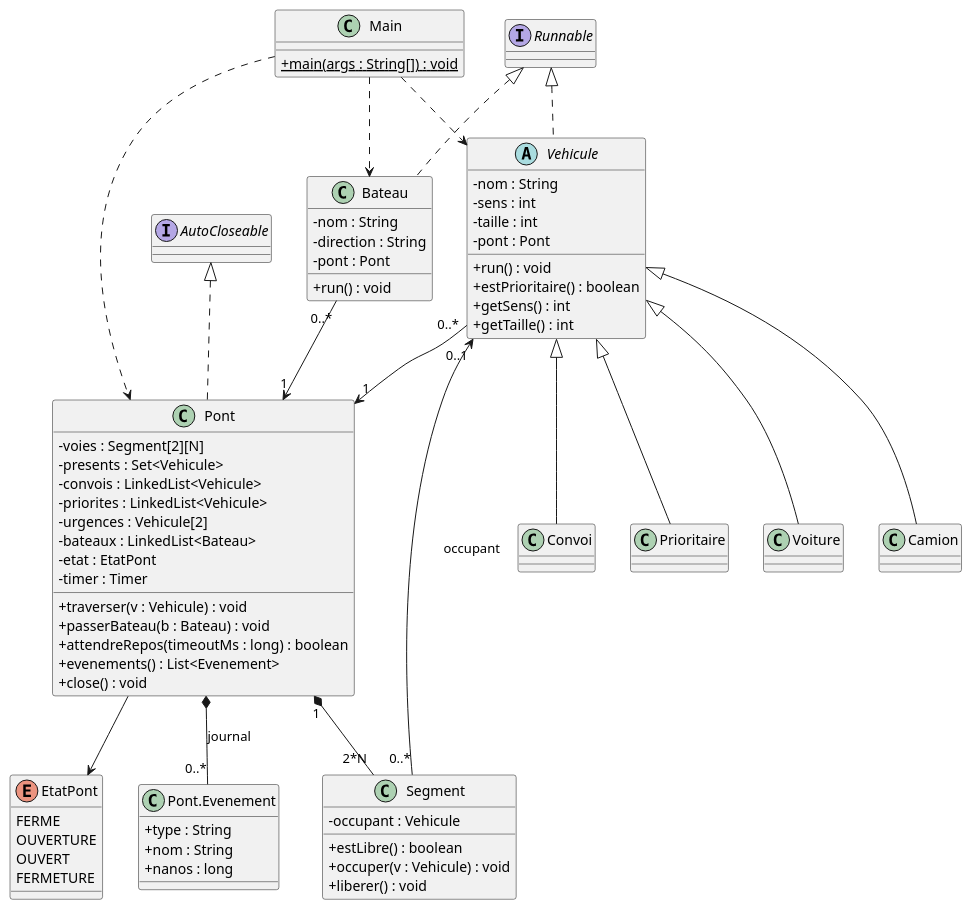
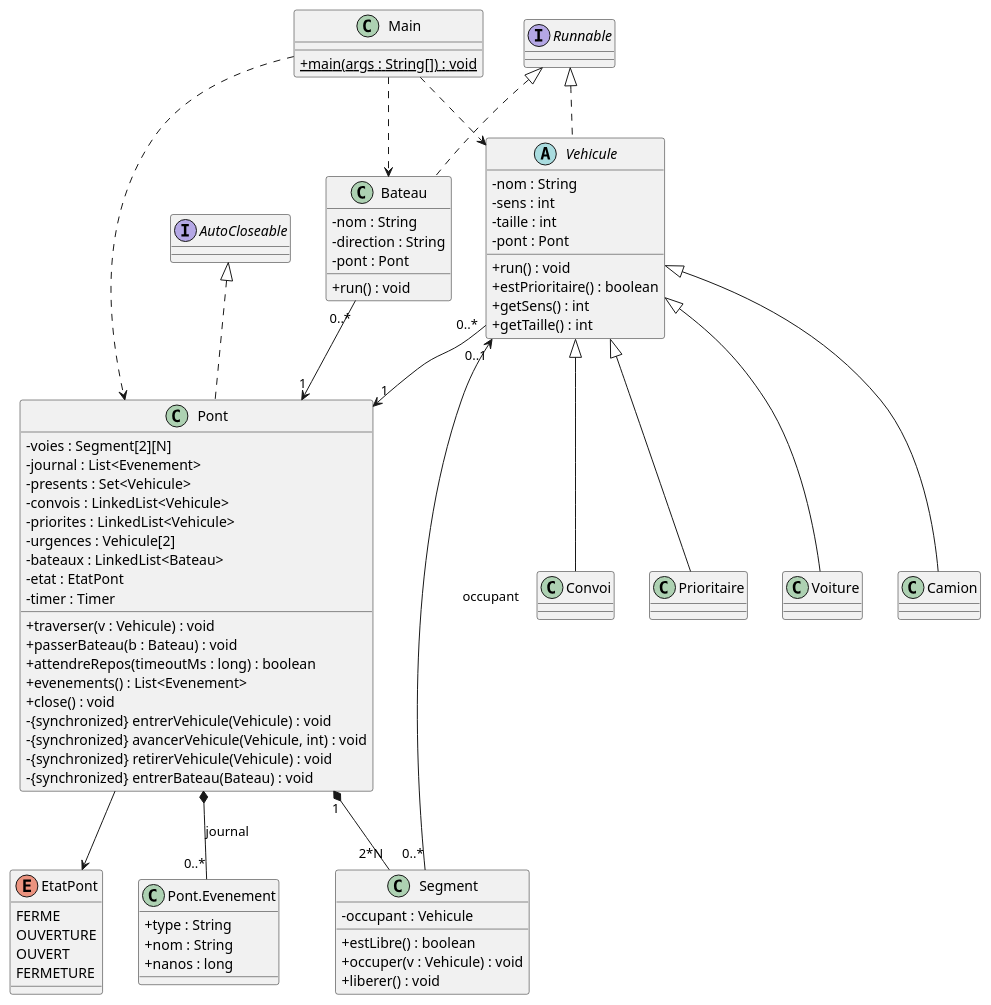
One commit to LFtaine/R3.05-Projet-Bateau changed the diagram in FONTAINE_Louis_PIVERT_Armand/UML.puml. Above: the diagram before and after it, drawn with PlantUML. The commit also changed 25 other files, not shown here.

```diff
--- a/FONTAINE_Louis_PIVERT_Armand/UML.puml
+++ b/FONTAINE_Louis_PIVERT_Armand/UML.puml
@@ -1,71 +1,76 @@
 @startuml
 skinparam classAttributeIconSize 0
 abstract class Vehicule implements Runnable {
  - nom : String
  - sens : int
  - taille : int
  - pont : Pont
  + run() : void
  + estPrioritaire() : boolean
  + getSens() : int
  + getTaille() : int
 }
 class Voiture
 class Camion
 class Convoi
 class Prioritaire
 Vehicule <|-- Voiture
 Vehicule <|-- Camion
 Vehicule <|-- Convoi
 Vehicule <|-- Prioritaire
 class Bateau implements Runnable {
  - nom : String
  - direction : String
  - pont : Pont
  + run() : void
 }
 class Pont implements AutoCloseable {
  - voies : Segment[2][N]
+ - journal : List<Evenement>
  - presents : Set<Vehicule>
  - convois : LinkedList<Vehicule>
  - priorites : LinkedList<Vehicule>
  - urgences : Vehicule[2]
  - bateaux : LinkedList<Bateau>
  - etat : EtatPont
  - timer : Timer
  + traverser(v : Vehicule) : void
  + passerBateau(b : Bateau) : void
  + attendreRepos(timeoutMs : long) : boolean
  + evenements() : List<Evenement>
  + close() : void
+ - {synchronized} entrerVehicule(Vehicule) : void
+ - {synchronized} avancerVehicule(Vehicule, int) : void
+ - {synchronized} retirerVehicule(Vehicule) : void
+ - {synchronized} entrerBateau(Bateau) : void
 }
 class Segment {
  - occupant : Vehicule
  + estLibre() : boolean
  + occuper(v : Vehicule) : void
  + liberer() : void
 }
 enum EtatPont {
  FERME
  OUVERTURE
  OUVERT
  FERMETURE
 }
 class "Pont.Evenement" as Evenement {
  + type : String
  + nom : String
  + nanos : long
 }
 class Main {
  + {static} main(args : String[]) : void
 }
 Pont "1" *-- "2*N" Segment
 Segment "0..*" --> "0..1" Vehicule : occupant
 Vehicule "0..*" --> "1" Pont
 Bateau "0..*" --> "1" Pont
 Pont --> EtatPont
 Pont *-- "0..*" Evenement : journal
 Main ..> Pont
 Main ..> Vehicule
 Main ..> Bateau
 @enduml
```
